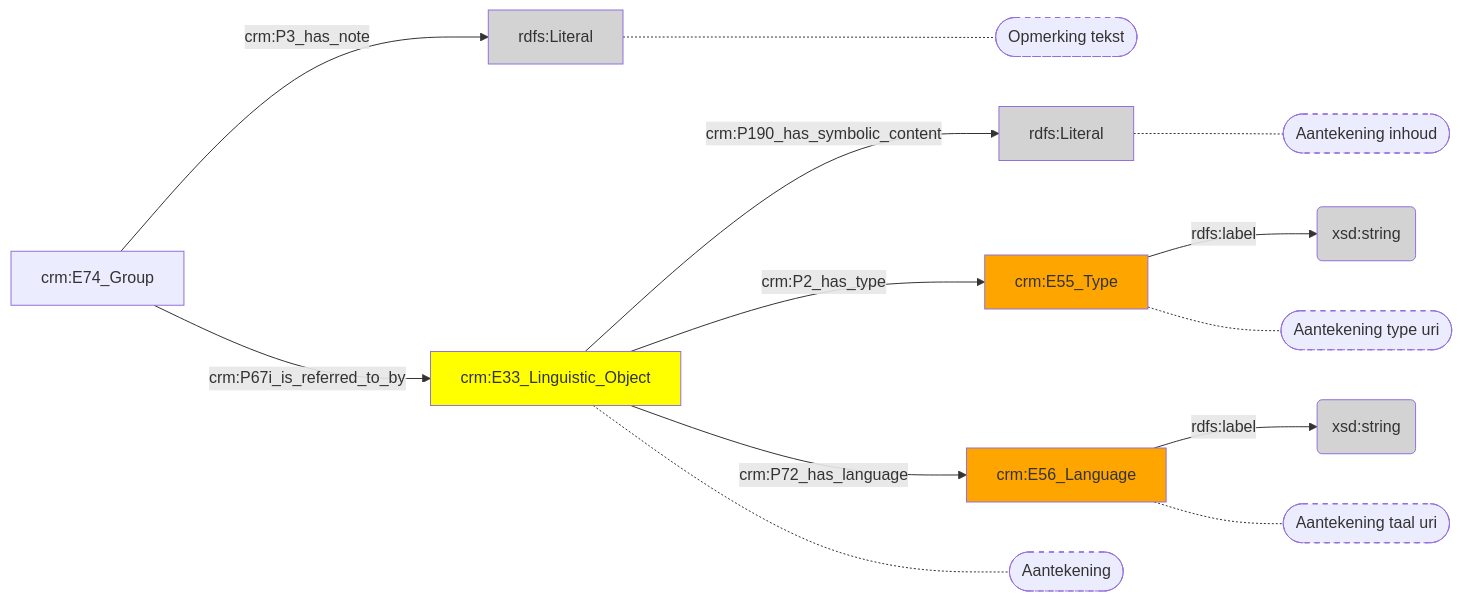
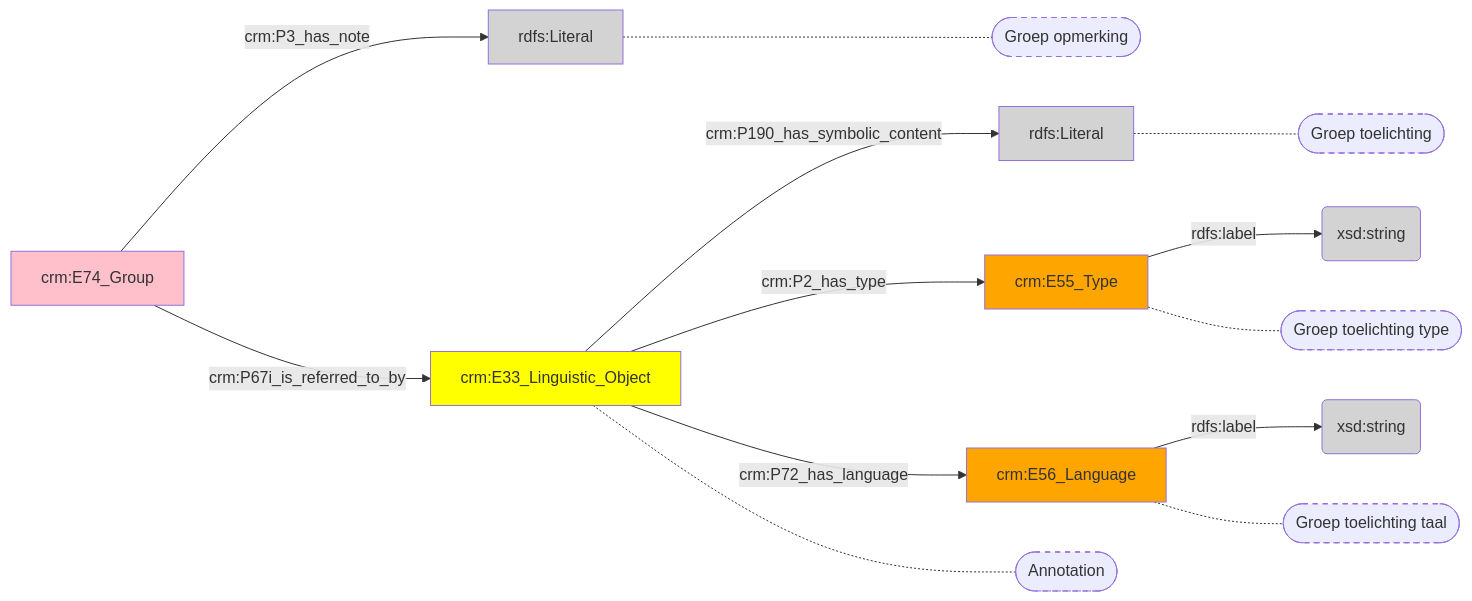
Before and after one commit to digipolisantwerpdocumentation/antwerp-cultureel-erfgoed: the diagram in docs/content/modellen/Group/Aantekeningen.md, drawn with Mermaid. The commit also changed 173 other files, not shown here.

````diff
--- a/docs/content/modellen/Group/Aantekeningen.md
+++ b/docs/content/modellen/Group/Aantekeningen.md
@@ -1,27 +1,28 @@
 ```mermaid
 graph LR
 1456bf2e-e37f-11ed-a1e6-00163e71351b["crm:E74_Group"]-->|"crm:P3_has_note"|59ec6912-e37f-11ed-a1e6-00163e71351b(rdfs:Literal)
 41ca7056-ee3b-11ed-9655-00163e71351b["crm:E33_Linguistic_Object"]-->|"crm:P190_has_symbolic_content"|41ca7812-ee3b-11ed-9655-00163e71351b(rdfs:Literal)
 41ca74f2-ee3b-11ed-9655-00163e71351b["crm:E55_Type"]-->|"rdfs:label"|41ca7aba-ee3b-11ed-9655-00163e71351b(xsd:string)
 41ca76a0-ee3b-11ed-9655-00163e71351b["crm:E56_Language"]-->|"rdfs:label"|41ca7966-ee3b-11ed-9655-00163e71351b(xsd:string)
 1456bf2e-e37f-11ed-a1e6-00163e71351b["crm:E74_Group"]-->|"crm:P67i_is_referred_to_by"|41ca7056-ee3b-11ed-9655-00163e71351b["crm:E33_Linguistic_Object"]
 41ca7056-ee3b-11ed-9655-00163e71351b["crm:E33_Linguistic_Object"]-->|"crm:P2_has_type"|41ca74f2-ee3b-11ed-9655-00163e71351b["crm:E55_Type"]
 41ca7056-ee3b-11ed-9655-00163e71351b["crm:E33_Linguistic_Object"]-->|"crm:P72_has_language"|41ca76a0-ee3b-11ed-9655-00163e71351b["crm:E56_Language"]
+59ec6912-e37f-11ed-a1e6-00163e71351b["rdfs:Literal"]-.-59ec6912-e37f-11ed-a1e6-00163e71351b_s(["Groep opmerking"])
+41ca7056-ee3b-11ed-9655-00163e71351b["crm:E33_Linguistic_Object"]-.-41ca7056-ee3b-11ed-9655-00163e71351b_s(["Annotation"])
+41ca7812-ee3b-11ed-9655-00163e71351b["rdfs:Literal"]-.-41ca7812-ee3b-11ed-9655-00163e71351b_s(["Groep toelichting"])
+41ca74f2-ee3b-11ed-9655-00163e71351b["crm:E55_Type"]-.-41ca74f2-ee3b-11ed-9655-00163e71351b_s(["Groep toelichting type"])
+41ca76a0-ee3b-11ed-9655-00163e71351b["crm:E56_Language"]-.-41ca76a0-ee3b-11ed-9655-00163e71351b_s(["Groep toelichting taal"])
 style 59ec6912-e37f-11ed-a1e6-00163e71351b_s stroke-dasharray: 5
 style 41ca7056-ee3b-11ed-9655-00163e71351b_s stroke-dasharray: 5
 style 41ca7812-ee3b-11ed-9655-00163e71351b_s stroke-dasharray: 5
 style 41ca74f2-ee3b-11ed-9655-00163e71351b_s stroke-dasharray: 5
 style 41ca76a0-ee3b-11ed-9655-00163e71351b_s stroke-dasharray: 5
-59ec6912-e37f-11ed-a1e6-00163e71351b["rdfs:Literal"]-.-59ec6912-e37f-11ed-a1e6-00163e71351b_s(["Opmerking tekst"])
-41ca7056-ee3b-11ed-9655-00163e71351b["crm:E33_Linguistic_Object"]-.-41ca7056-ee3b-11ed-9655-00163e71351b_s(["Aantekening"])
-41ca7812-ee3b-11ed-9655-00163e71351b["rdfs:Literal"]-.-41ca7812-ee3b-11ed-9655-00163e71351b_s(["Aantekening inhoud"])
-41ca74f2-ee3b-11ed-9655-00163e71351b["crm:E55_Type"]-.-41ca74f2-ee3b-11ed-9655-00163e71351b_s(["Aantekening type uri"])
-41ca76a0-ee3b-11ed-9655-00163e71351b["crm:E56_Language"]-.-41ca76a0-ee3b-11ed-9655-00163e71351b_s(["Aantekening taal uri"])
+style 1456bf2e-e37f-11ed-a1e6-00163e71351b fill:#ffc0cb
 style 41ca7056-ee3b-11ed-9655-00163e71351b fill:#ffff00
 style 41ca74f2-ee3b-11ed-9655-00163e71351b fill:#ffa500
 style 41ca76a0-ee3b-11ed-9655-00163e71351b fill:#ffa500
 style 41ca7812-ee3b-11ed-9655-00163e71351b fill:#D3D3D3
 style 41ca7966-ee3b-11ed-9655-00163e71351b fill:#D3D3D3
 style 41ca7aba-ee3b-11ed-9655-00163e71351b fill:#D3D3D3
 style 59ec6912-e37f-11ed-a1e6-00163e71351b fill:#D3D3D3
 ```
````
